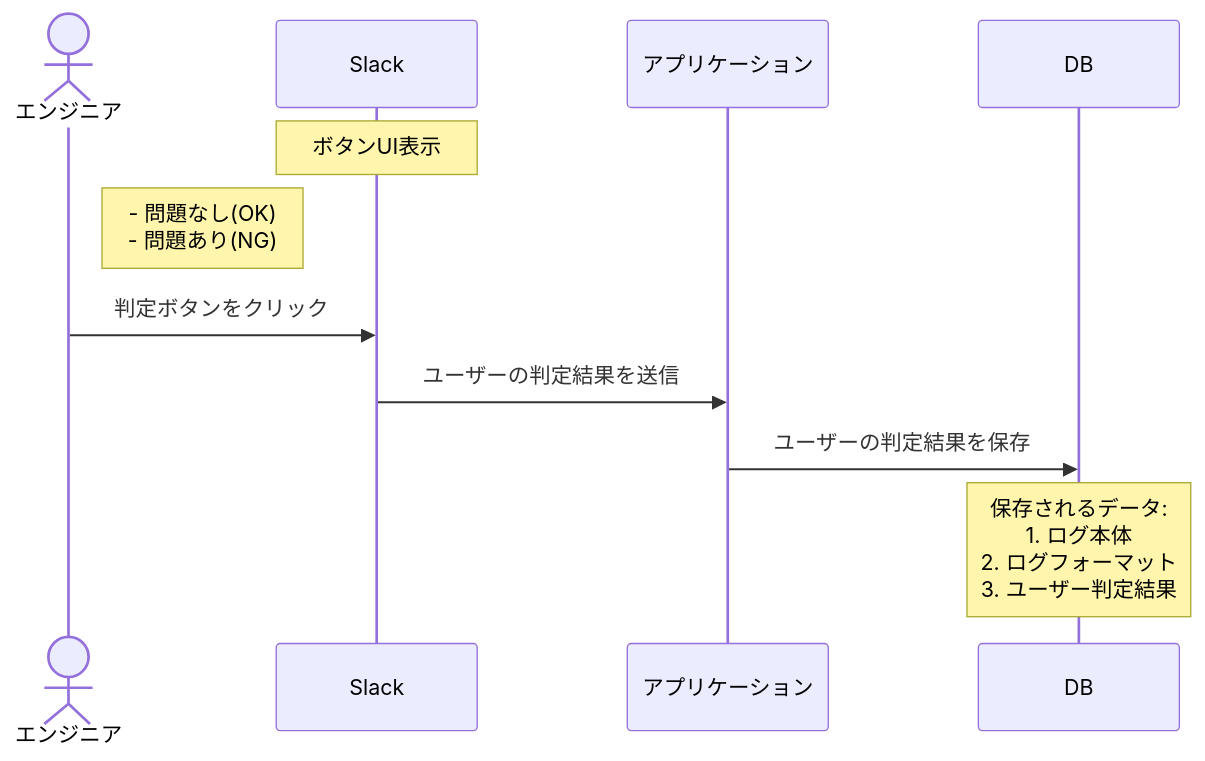
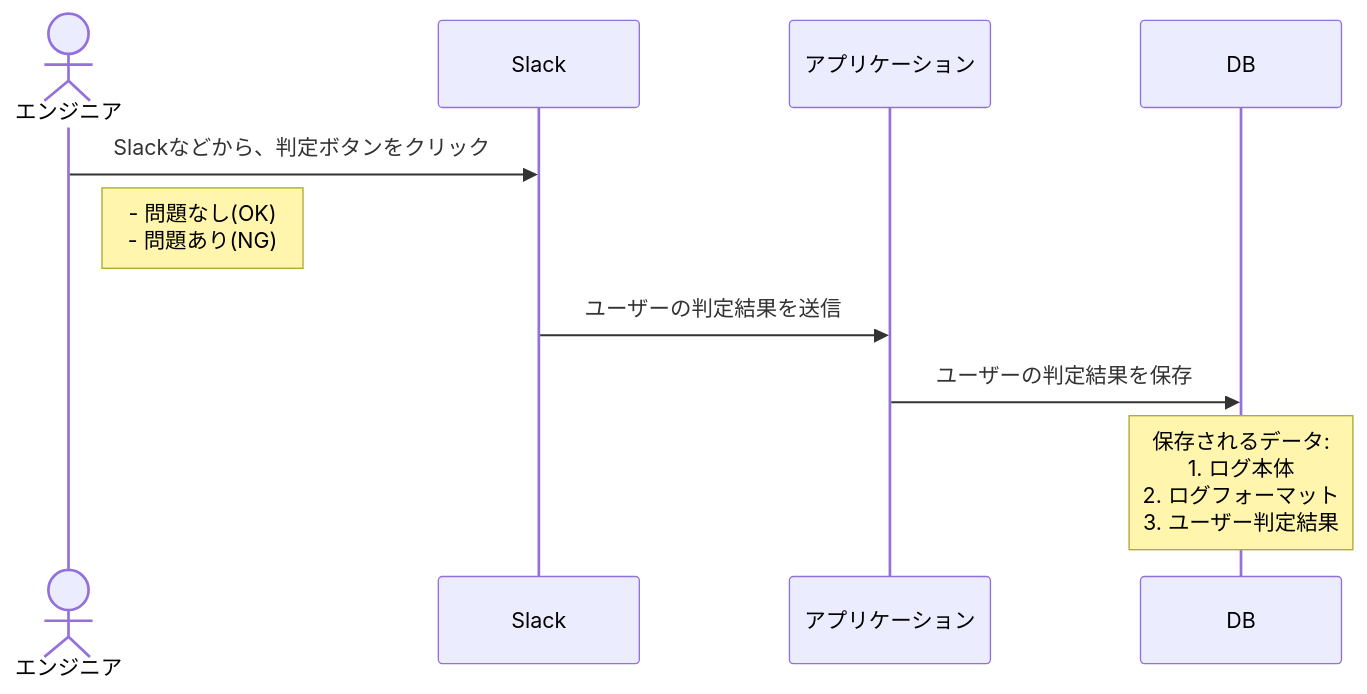
The second of 2 diagrams in design-doc.md (yoshihiro-shu/observation-haki), drawn with Mermaid before and after one commit.

````diff
--- a/design-doc.md
+++ b/design-doc.md
@@ -38,16 +38,15 @@
 ```mermaid
 sequenceDiagram
     actor User as エンジニア
     participant Slack
     participant App as アプリケーション
     participant DB
 
-    Note over Slack: ボタンUI表示
+
+    User->>Slack: Slackなどから、判定ボタンをクリック
     Note right of User: - 問題なし(OK)<br>- 問題あり(NG)
-
-    User->>Slack: 判定ボタンをクリック
     Slack->>App: ユーザーの判定結果を送信
     App->>DB: ユーザーの判定結果を保存
 
     Note over DB: 保存されるデータ:<br>1. ログ本体<br>2. ログフォーマット<br>3. ユーザー判定結果
 ```
````
